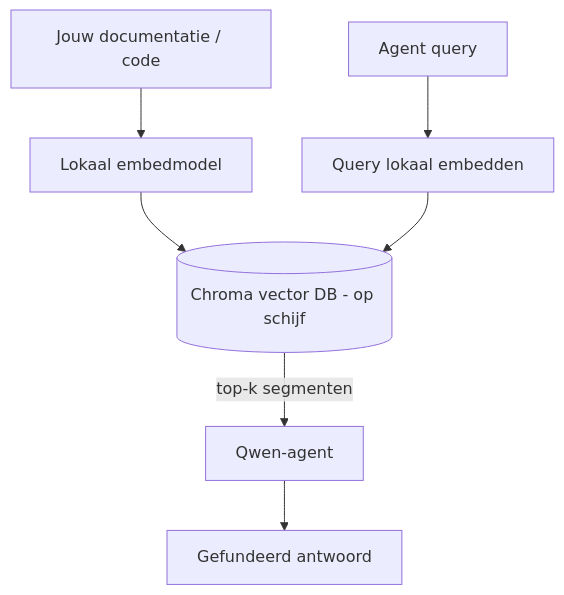
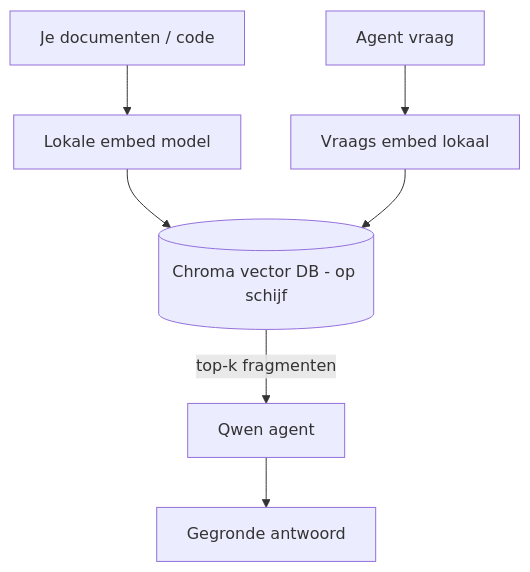
Before and after one commit to gabrielmoreira/agent-skills-mirror: the third of 4 diagrams in mirrors/repos/microsoft@ai-agents-for-beginners/translations/nl/17-creating-local-ai-agents/README.md, drawn with Mermaid. The commit also changed other lines of this file and 4262 other files, not shown here.

````diff
--- a/mirrors/repos/microsoft@ai-agents-for-beginners/translations/nl/17-creating-local-ai-agents/README.md
+++ b/mirrors/repos/microsoft@ai-agents-for-beginners/translations/nl/17-creating-local-ai-agents/README.md
@@ -125,9 +125,9 @@
 ```mermaid
 flowchart TB
-    D[Jouw documentatie / code] --> E[Lokaal embedmodel]
+    D[Je documenten / code] --> E[Lokale embed model]
     E --> V[(Chroma vector DB - op schijf)]
-    Q[Agent query] --> QE[Query lokaal embedden]
+    Q[Agent vraag] --> QE[Vraags embed lokaal]
     QE --> V
-    V -->|top-k segmenten| A[Qwen-agent]
-    A --> Ans[Gefundeerd antwoord]
+    V -->|top-k fragmenten| A[Qwen agent]
+    A --> Ans[Gegronde antwoord]
 ```
````
